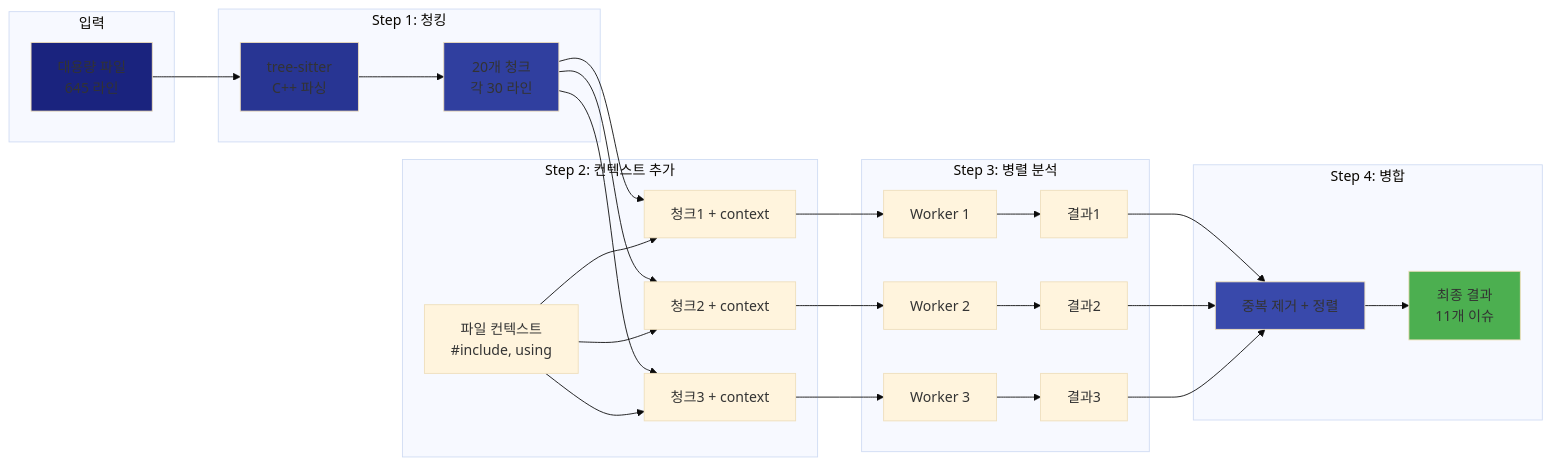
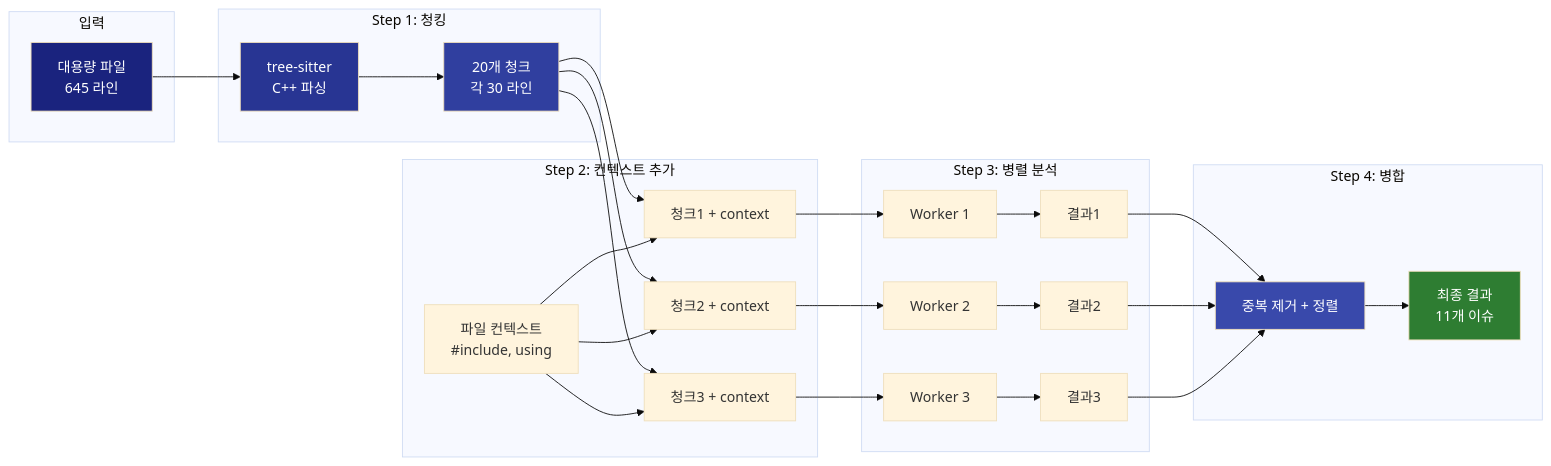
One commit to ApeachM/llm-code-reviewer changed the tenth of 15 diagrams in docs/PROJECT_OVERVIEW.md. Above: the diagram before and after it, drawn with Mermaid (base theme). The commit also changed other lines of this file and 2 other files, not shown here.

First line of the commit message:
docs: Update Mermaid diagram colors for improved dark theme readability

````diff
--- a/docs/PROJECT_OVERVIEW.md
+++ b/docs/PROJECT_OVERVIEW.md
@@ -531,44 +531,44 @@
 ```mermaid
 graph LR
     subgraph "입력"
         Large[대용량 파일<br/>645 라인]
     end
 
     subgraph "Step 1: 청킹"
         Large --> Parser[tree-sitter<br/>C++ 파싱]
         Parser --> Chunks[20개 청크<br/>각 30 라인]
     end
 
     subgraph "Step 2: 컨텍스트 추가"
         Chunks --> C1[청크1 + context]
         Chunks --> C2[청크2 + context]
         Chunks --> C3[청크3 + context]
 
         Context[파일 컨텍스트<br/>#include, using] --> C1
         Context --> C2
         Context --> C3
     end
 
     subgraph "Step 3: 병렬 분석"
         C1 --> W1[Worker 1]
         C2 --> W2[Worker 2]
         C3 --> W3[Worker 3]
 
         W1 --> R1[결과1]
         W2 --> R2[결과2]
         W3 --> R3[결과3]
     end
 
     subgraph "Step 4: 병합"
         R1 --> Merge[중복 제거 + 정렬]
         R2 --> Merge
         R3 --> Merge
         Merge --> Final[최종 결과<br/>11개 이슈]
     end
 
-    style Large fill:#1a237e
-    style Parser fill:#283593
-    style Chunks fill:#303f9f
-    style Merge fill:#3949ab
-    style Final fill:#4caf50
+    style Large fill:#1a237e,color:#fff
+    style Parser fill:#283593,color:#fff
+    style Chunks fill:#303f9f,color:#fff
+    style Merge fill:#3949ab,color:#fff
+    style Final fill:#2e7d32,color:#fff
 ```
````
